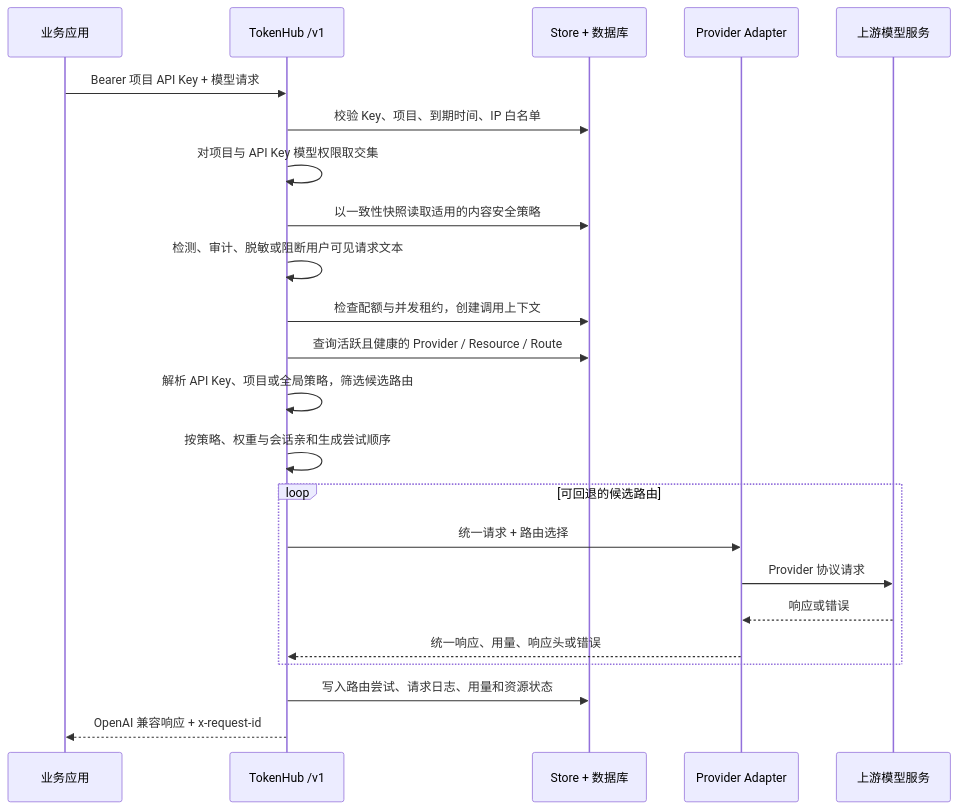
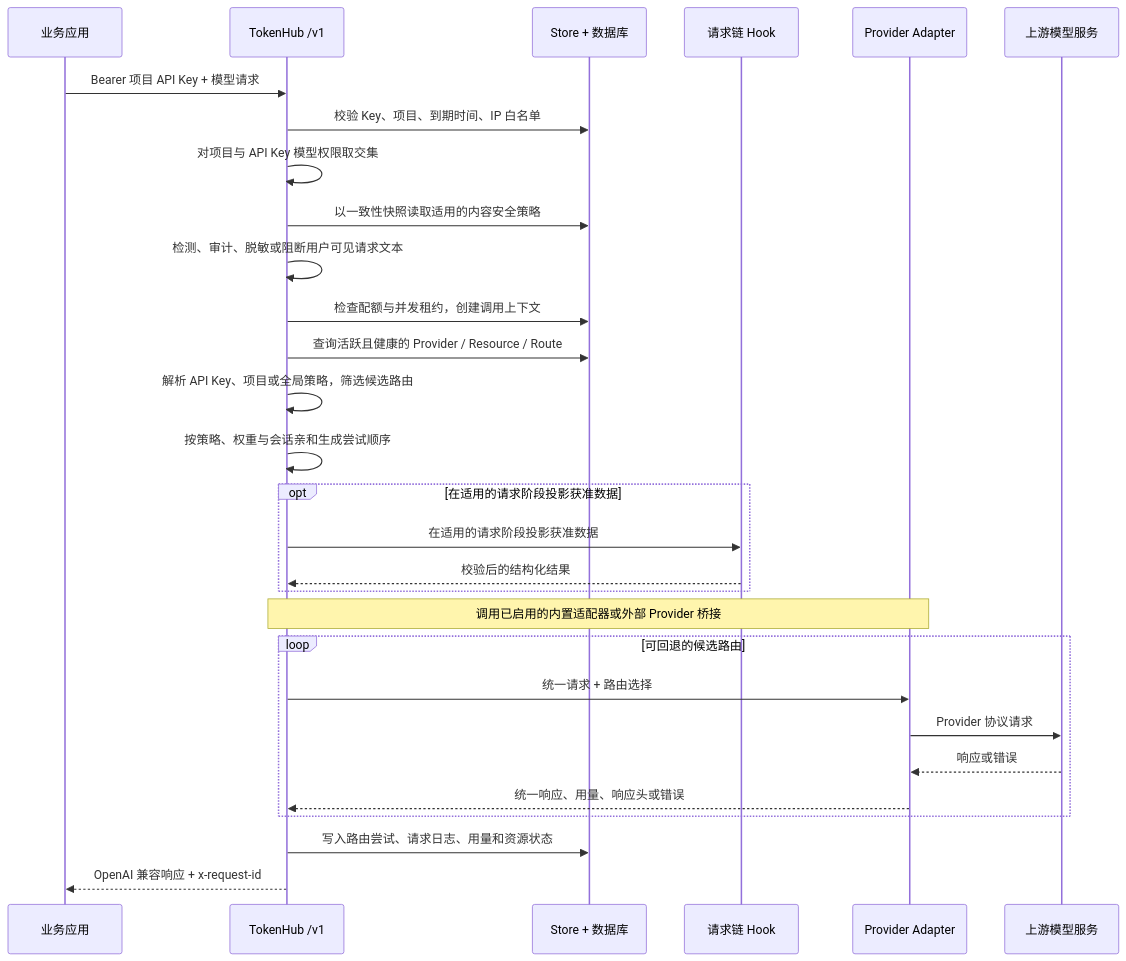
One commit to astaxie/TokenHub changed the third of 3 diagrams in docs/zh-CN/architecture.md. Above: the diagram before and after it, drawn with Mermaid. The commit also changed other lines of this file and 2 other files, not shown here.

Commit message:
docs: update plugin architecture overview

````diff
--- a/docs/zh-CN/architecture.md
+++ b/docs/zh-CN/architecture.md
@@ -122,26 +165,32 @@
 ```mermaid
 sequenceDiagram
     participant C as 业务应用
     participant G as TokenHub /v1
     participant S as Store + 数据库
+    participant H as 请求链 Hook
     participant A as Provider Adapter
     participant U as 上游模型服务
 
     C->>G: Bearer 项目 API Key + 模型请求
     G->>S: 校验 Key、项目、到期时间、IP 白名单
     G->>G: 对项目与 API Key 模型权限取交集
     G->>S: 以一致性快照读取适用的内容安全策略
     G->>G: 检测、审计、脱敏或阻断用户可见请求文本
     G->>S: 检查配额与并发租约，创建调用上下文
     G->>S: 查询活跃且健康的 Provider / Resource / Route
     G->>G: 解析 API Key、项目或全局策略，筛选候选路由
     G->>G: 按策略、权重与会话亲和生成尝试顺序
+    opt 在适用的请求阶段投影获准数据
+        G->>H: 在适用的请求阶段投影获准数据
+        H-->>G: 校验后的结构化结果
+    end
+    Note over G,A: 调用已启用的内置适配器或外部 Provider 桥接
     loop 可回退的候选路由
         G->>A: 统一请求 + 路由选择
         A->>U: Provider 协议请求
         U-->>A: 响应或错误
         A-->>G: 统一响应、用量、响应头或错误
     end
     G->>S: 写入路由尝试、请求日志、用量和资源状态
     G-->>C: OpenAI 兼容响应 + x-request-id
 ```
````
